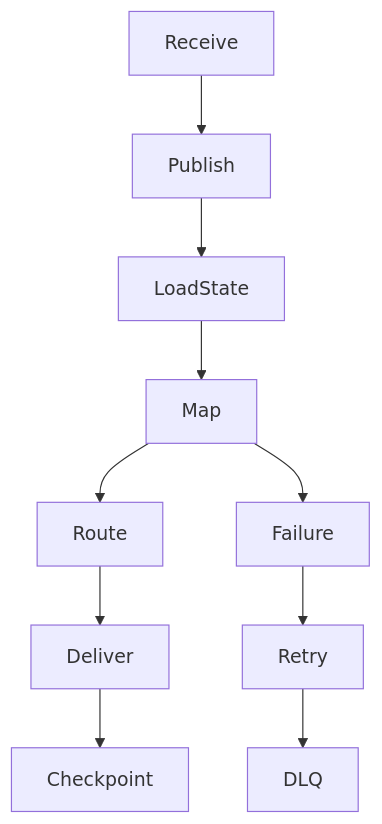
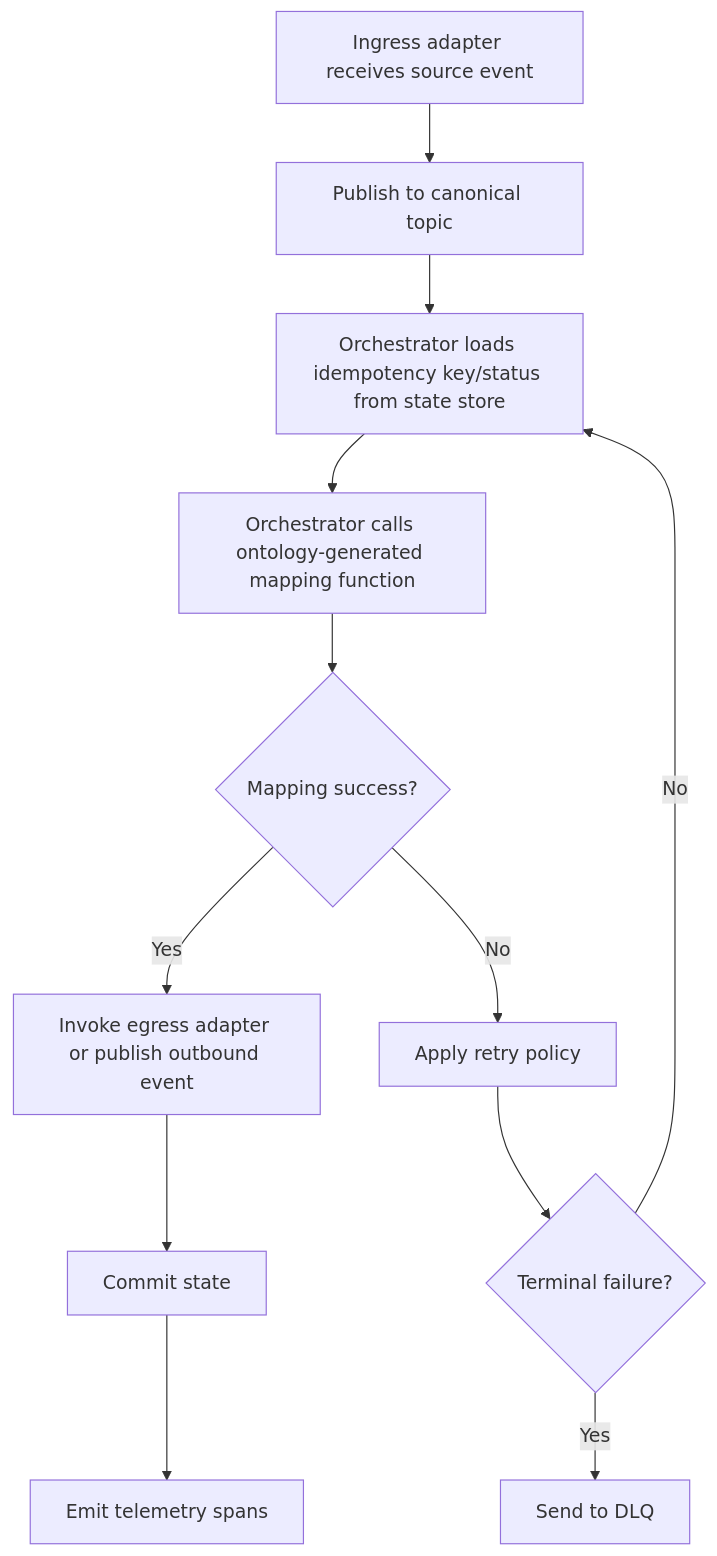
The second of 3 diagrams in docs/instruction-guides/integration-engineer-methodology-guide.md (Cnext-eu/kairos-ontology-toolkit), drawn with Mermaid before and after one commit. The commit also changed 1 other file, not shown here.

````diff
--- a/docs/instruction-guides/integration-engineer-methodology-guide.md
+++ b/docs/instruction-guides/integration-engineer-methodology-guide.md
@@ -162,12 +162,14 @@
 ```mermaid
-graph TD
-    A[Receive] --> B[Publish]
-    B --> C[LoadState]
-    C --> D[Map]
-    D --> E[Route]
-    E --> F[Deliver]
-    F --> G[Checkpoint]
-    D --> H[Failure]
-    H --> I[Retry]
-    I --> J[DLQ]
+flowchart TD
+    A[Ingress adapter receives source event] --> B[Publish to canonical topic]
+    B --> C[Orchestrator loads idempotency key/status from state store]
+    C --> D[Orchestrator calls ontology-generated mapping function]
+    D --> E{Mapping success?}
+    E -->|Yes| F[Invoke egress adapter or publish outbound event]
+    F --> G[Commit state]
+    G --> H[Emit telemetry spans]
+    E -->|No| I[Apply retry policy]
+    I --> J{Terminal failure?}
+    J -->|No| C
+    J -->|Yes| K[Send to DLQ]
 ```
````
